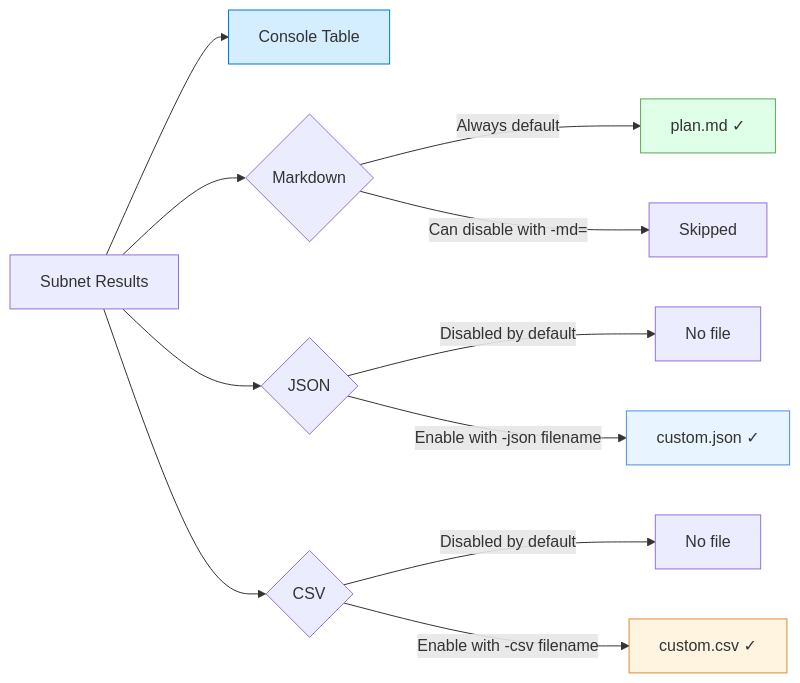
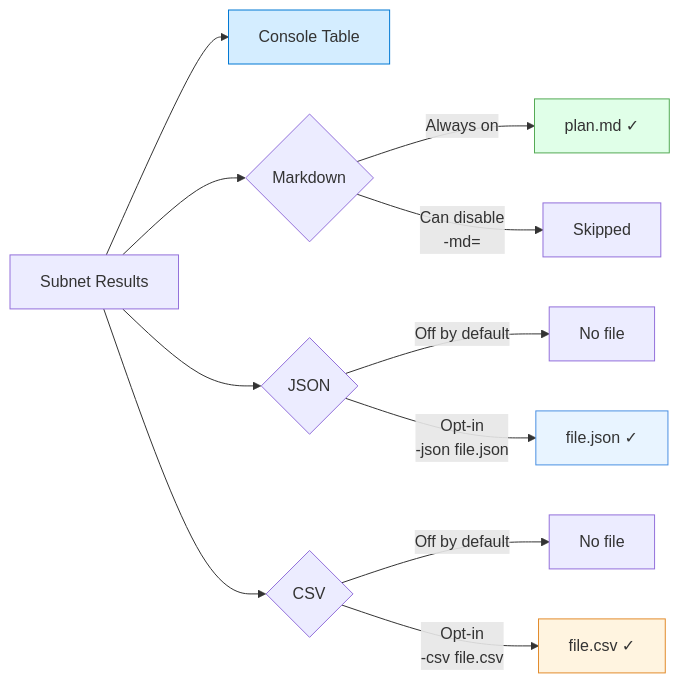
The third of 3 diagrams in README.md (microsoft/IPSubnetPlanner), drawn with Mermaid before and after one commit. The commit also changed other lines of this file, not shown here.

````diff
--- a/README.md
+++ b/README.md
@@ -72,21 +72,21 @@
 ```mermaid
 flowchart LR
     Results[Subnet Results] --> Console[Console Table]
     Results --> MD{Markdown}
     Results --> JSON{JSON}
     Results --> CSV{CSV}
     
-    MD -->|Always default| MD1[plan.md ✓]
-    MD -->|Can disable with -md=""| MD2[Skipped]
+    MD -->|Always on| MD1[plan.md ✓]
+    MD -->|Can disable<br/>-md=""| MD2[Skipped]
     
-    JSON -->|Disabled by default| JSON1[No file]
-    JSON -->|Enable with -json filename| JSON2[custom.json ✓]
+    JSON -->|Off by default| JSON1[No file]
+    JSON -->|Opt-in<br/>-json file.json| JSON2[file.json ✓]
     
-    CSV -->|Disabled by default| CSV1[No file]
-    CSV -->|Enable with -csv filename| CSV2[custom.csv ✓]
+    CSV -->|Off by default| CSV1[No file]
+    CSV -->|Opt-in<br/>-csv file.csv| CSV2[file.csv ✓]
     
     style MD1 fill:#e0ffe8,stroke:#55aa55
     style JSON2 fill:#e8f4ff,stroke:#4a90e2
     style CSV2 fill:#fff4e0,stroke:#e28b2c
     style Console fill:#d4edff,stroke:#0078d4
 ```
````
